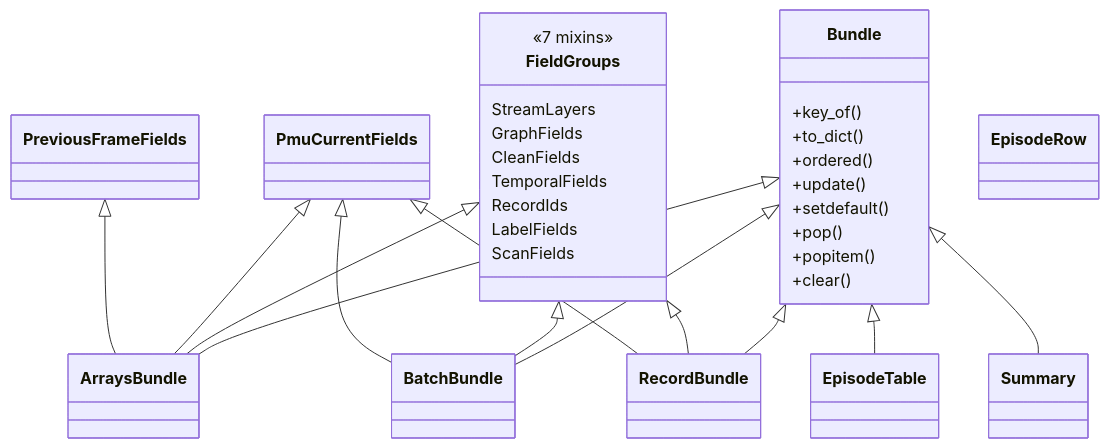
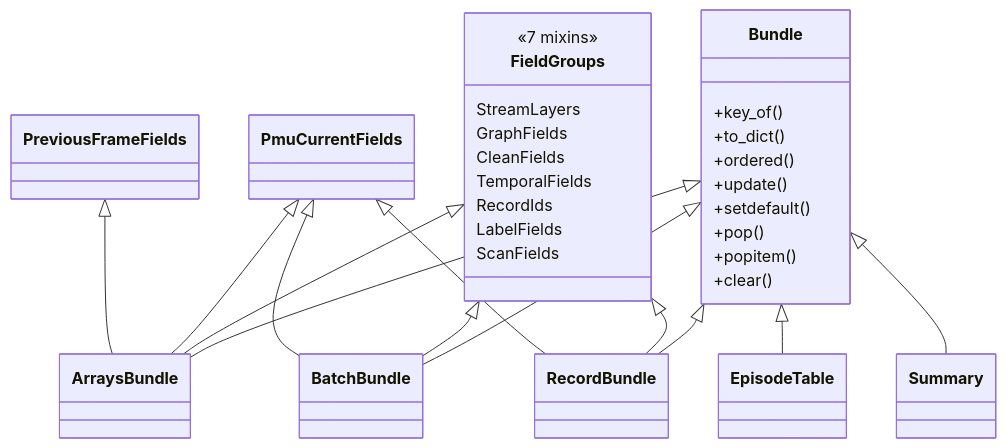
Before and after one commit to myersben9/fdia-graph: the diagram in docs/figures/diagrams/classes_models.mmd, drawn with Mermaid. The commit also changed 57 other files, not shown here.

```diff
--- a/docs/figures/diagrams/classes_models.mmd
+++ b/docs/figures/diagrams/classes_models.mmd
@@ -1,49 +1,47 @@
 classDiagram
     class FieldGroups {
         <<7 mixins>>
         StreamLayers
         GraphFields
         CleanFields
         TemporalFields
         RecordIds
         LabelFields
         ScanFields
     }
     class Bundle {
         +key_of()
         +to_dict()
         +ordered()
         +update()
         +setdefault()
         +pop()
         +popitem()
         +clear()
     }
     class PreviousFrameFields {
     }
     class PmuCurrentFields {
     }
     class RecordBundle {
     }
     class BatchBundle {
     }
     class ArraysBundle {
     }
     class EpisodeTable {
     }
-    class EpisodeRow {
-    }
     class Summary {
     }
     Bundle <|-- ArraysBundle
     Bundle <|-- BatchBundle
     Bundle <|-- EpisodeTable
     Bundle <|-- RecordBundle
     Bundle <|-- Summary
     FieldGroups <|-- ArraysBundle
     FieldGroups <|-- BatchBundle
     FieldGroups <|-- RecordBundle
     PmuCurrentFields <|-- ArraysBundle
     PmuCurrentFields <|-- BatchBundle
     PmuCurrentFields <|-- RecordBundle
     PreviousFrameFields <|-- ArraysBundle
```
